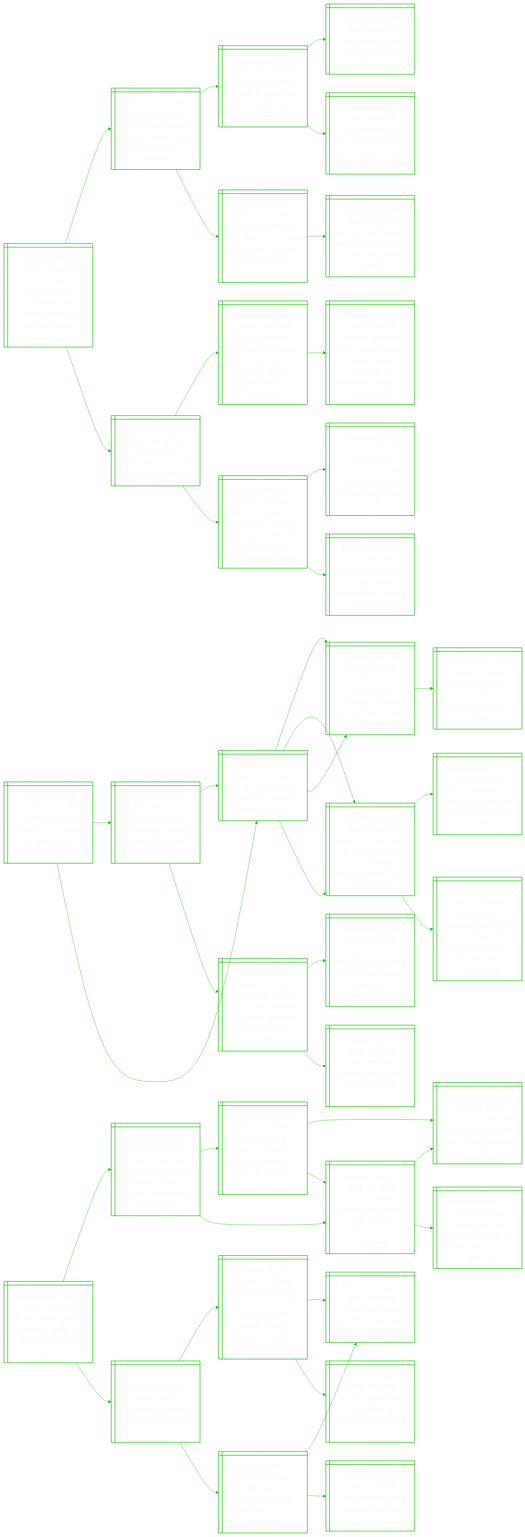
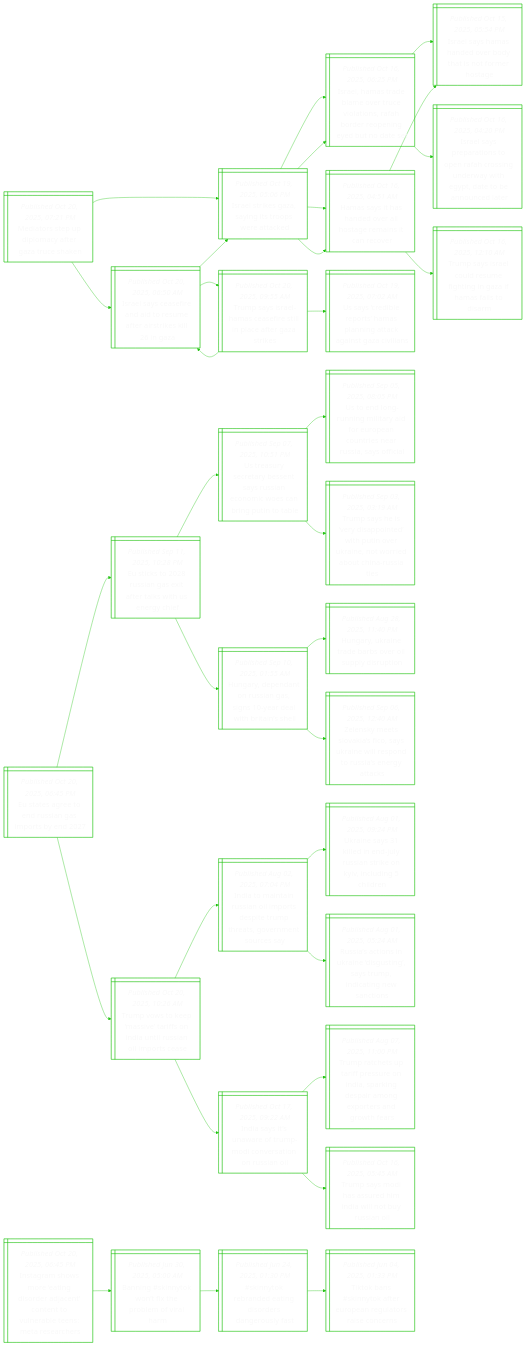
The diagram in README.md (notJmes/notJmes), drawn with Mermaid before and after one commit. The commit also changed other lines of this file, not shown here.

````diff
--- a/README.md
+++ b/README.md
@@ -16,133 +16,109 @@
 flowchart LR
 classDef txtsize font-size:20px;
 
-Hoiviuwrrgsvoecy@{ shape: win-pane, label: "_Published Oct 20, 2025, 12:30 PM_
-Hunt for paris louvre thieves underway as robbery reignites row over poor museum security" }
-Ptineluiisey@{ shape: win-pane, label: "_Published Oct 19, 2025, 05:51 PM_
-Power tool-wielding thieves flee louvre with ‘priceless’ jewellery" }
-GpboiPoidaes@{ shape: win-pane, label: "_Published Apr 28, 2025, 01:06 PM_
-‘grandpa robbers’ go on trial in paris over kim kardashian jewel heist" }
-NegaTrah@{ shape: win-pane, label: "_Published Feb 20, 2025, 01:00 PM_
-Nike bets big on reality tv star kim kardashian" }
-Kriinucneida@{ shape: win-pane, label: "_Published May 17, 2023, 12:00 PM_
-Kim kardashian's $1.34 billion buyout pitch leans on her social media reach" }
-Gpssofemmnsrt@{ shape: win-pane, label: "_Published Jun 02, 2025, 11:15 PM_
-Greenpeace steals $59,000 macron wax figure from museum for anti-russia protest" }
-GpmglnolN@{ shape: win-pane, label: "_Published Mar 21, 2025, 02:52 PM_
-Greenpeace $880m damages ruling in us shocks global ngos" }
-Gotiiei@{ shape: win-pane, label: "_Published Sep 17, 2025, 07:36 PM_
-Gold worth $900,000 stolen in paris museum heist" }
-Onortmhnispsnh@{ shape: win-pane, label: "_Published Aug 27, 2025, 10:00 AM_
-Over 80 interpol alerts to trace more than $479m in criminal assets published in 7 months" }
-IpustcrshnsyiSpap@{ shape: win-pane, label: "_Published Jan 10, 2025, 05:00 PM_
-Interpol launches alert notice to trace assets hidden overseas by criminals; singapore part of pilot" }
-Tnesilcgofincshe@{ shape: win-pane, label: "_Published Jun 14, 2025, 12:04 AM_
-Two men jailed for stealing $7 million 18-carat gold toilet from winston churchill’s birthplace" }
-Glisteoeopenhf@{ shape: win-pane, label: "_Published Jun 03, 2025, 07:05 PM_
-Global airline association seeks to address growing problem of in-flight theft" }
-Cretpeagrdavg@{ shape: win-pane, label: "_Published May 05, 2025, 04:44 PM_
-Copper cable thefts in spain leave passengers trapped in trains overnight" }
+Mttdmfaua@{ shape: win-pane, label: "_Published Oct 20, 2025, 07:21 PM_
+Mediators step up diplomacy after gaza truce shaken" }
+Ilkzispec@{ shape: win-pane, label: "_Published Oct 19, 2025, 05:06 PM_
+Israel strikes gaza, saying its troops were attacked" }
+IlseetvtRbreeuat@{ shape: win-pane, label: "_Published Oct 16, 2025, 06:25 PM_
+Israel, hamas trade blame over truce violations, rafah border reopening eyed but no date set" }
+IlHhdbhnroe@{ shape: win-pane, label: "_Published Oct 15, 2025, 05:54 PM_
+Israel says hamas handed over body that is not former hostage" }
+Ilprnpfogriyteul@{ shape: win-pane, label: "_Published Oct 16, 2025, 04:20 PM_
+Israel says preparations to open rafah crossing underway with egypt, date to be announced later" }
+Hstaoltesnv@{ shape: win-pane, label: "_Published Oct 16, 2025, 04:51 AM_
+Hamas says it has handed over all hostage remains it can recover" }
+Tsscretniali@{ shape: win-pane, label: "_Published Oct 16, 2025, 12:10 AM_
+Trump says israel could resume fighting in gaza if hamas fails to disarm" }
+IlHhdbhnroe@{ shape: win-pane, label: "_Published Oct 15, 2025, 05:54 PM_
+Israel says hamas handed over body that is not former hostage" }
+Ilcfntutrkla@{ shape: win-pane, label: "_Published Oct 20, 2025, 06:50 AM_
+Israel says ceasefire and aid to resume after airstrikes kill 26 in gaza" }
+Ilkzispec@{ shape: win-pane, label: "_Published Oct 19, 2025, 05:06 PM_
+Israel strikes gaza, saying its troops were attacked" }
+IlseetvtRbreeuat@{ shape: win-pane, label: "_Published Oct 16, 2025, 06:25 PM_
+Israel, hamas trade blame over truce violations, rafah border reopening eyed but no date set" }
+Hstaoltesnv@{ shape: win-pane, label: "_Published Oct 16, 2025, 04:51 AM_
+Hamas says it has handed over all hostage remains it can recover" }
+TssHcftnerse@{ shape: win-pane, label: "_Published Oct 20, 2025, 09:55 AM_
+Trump says israel-hamas ceasefire still in place after gaza strikes" }
+Ilcfntutrkla@{ shape: win-pane, label: "_Published Oct 20, 2025, 06:50 AM_
+Israel says ceasefire and aid to resume after airstrikes kill 26 in gaza" }
+Usiessntasal@{ shape: win-pane, label: "_Published Oct 19, 2025, 07:02 AM_
+Us says ‘credible reports’ hamas planning attack against gaza civilians" }
 
-Hoiviuwrrgsvoecy:::txtsize --> Ptineluiisey:::txtsize
-Ptineluiisey:::txtsize --> GpboiPoidaes:::txtsize
-GpboiPoidaes:::txtsize --> NegaTrah:::txtsize
-GpboiPoidaes:::txtsize --> Kriinucneida:::txtsize
-Ptineluiisey:::txtsize --> Gpssofemmnsrt:::txtsize
-Gpssofemmnsrt:::txtsize --> GpmglnolN:::txtsize
-Hoiviuwrrgsvoecy:::txtsize --> Gotiiei:::txtsize
-Gotiiei:::txtsize --> Onortmhnispsnh:::txtsize
-Onortmhnispsnh:::txtsize --> IpustcrshnsyiSpap:::txtsize
-Gotiiei:::txtsize --> Tnesilcgofincshe:::txtsize
-Tnesilcgofincshe:::txtsize --> Glisteoeopenhf:::txtsize
-Tnesilcgofincshe:::txtsize --> Cretpeagrdavg:::txtsize
+Mttdmfaua:::txtsize --> Ilkzispec:::txtsize
+Ilkzispec:::txtsize --> IlseetvtRbreeuat:::txtsize
+IlseetvtRbreeuat:::txtsize --> IlHhdbhnroe:::txtsize
+IlseetvtRbreeuat:::txtsize --> Ilprnpfogriyteul:::txtsize
+Ilkzispec:::txtsize --> Hstaoltesnv:::txtsize
+Hstaoltesnv:::txtsize --> Tsscretniali:::txtsize
+Hstaoltesnv:::txtsize --> IlHhdbhnroe:::txtsize
+Mttdmfaua:::txtsize --> Ilcfntutrkla:::txtsize
+Ilcfntutrkla:::txtsize --> Ilkzispec:::txtsize
+Ilkzispec:::txtsize --> IlseetvtRbreeuat:::txtsize
+Ilkzispec:::txtsize --> Hstaoltesnv:::txtsize
+Ilcfntutrkla:::txtsize --> TssHcftnerse:::txtsize
+TssHcftnerse:::txtsize --> Ilcfntutrkla:::txtsize
+TssHcftnerse:::txtsize --> Usiessntasal:::txtsize
 
-Ftstrgamnn@{ shape: win-pane, label: "_Published Oct 20, 2025, 11:32 AM_
-Flight skids off st petersburg runway in emergency landing" }
-Cpssuigknarf@{ shape: win-pane, label: "_Published Oct 20, 2025, 06:53 AM_
-Cargo plane slides off runway in hong kong, killing two airport staff" }
-JistaeeuaBg@{ shape: win-pane, label: "_Published Oct 16, 2025, 10:55 AM_
-Jeju air crash victims’ families file lawsuit against boeing" }
-Jinspniteooma@{ shape: win-pane, label: "_Published Dec 29, 2024, 08:58 AM_
-Jeju air plane crashes upon landing in south korea, 179 on board confirmed dead" }
-Enojpsosanbehcs@{ shape: win-pane, label: "_Published Jul 21, 2025, 02:27 PM_
-Evidence shows jeju air pilots shut off less-damaged engine before crash, source says" }
-SlRyrsnwawort@{ shape: win-pane, label: "_Published Jan 03, 2024, 08:45 PM_
-St explains: runway incursions around the world and how airports prevent them" }
-JAniaaobeydpoi@{ shape: win-pane, label: "_Published Jan 03, 2024, 08:00 AM_
-Japan airlines flight was cleared to land before fiery haneda airport collision" }
-Jrsaifloaln@{ shape: win-pane, label: "_Published Jan 03, 2024, 12:29 PM_
-Japan releases transcripts of fatal tokyo runway collision" }
-JistaeeuaBg@{ shape: win-pane, label: "_Published Oct 16, 2025, 10:55 AM_
-Jeju air crash victims’ families file lawsuit against boeing" }
-Jinspniteooma@{ shape: win-pane, label: "_Published Dec 29, 2024, 08:58 AM_
-Jeju air plane crashes upon landing in south korea, 179 on board confirmed dead" }
-EtsbtaseJis@{ shape: win-pane, label: "_Published Dec 29, 2024, 07:15 PM_
-Experts question bird strike as cause of deadly jeju air crash" }
-Enojpsosanbehcs@{ shape: win-pane, label: "_Published Jul 21, 2025, 02:27 PM_
-Evidence shows jeju air pilots shut off less-damaged engine before crash, source says" }
-DNogoulhart@{ shape: win-pane, label: "_Published Jan 27, 2025, 07:18 AM_
-Duck dna in both engines of jeju air plane that crashed, report says" }
-SKatljcrtrimsuwfc@{ shape: win-pane, label: "_Published Jul 20, 2025, 01:19 AM_
-South korea abruptly pulls jeju air crash report after victims’ families disrupt news conference" }
-
-Ftstrgamnn:::txtsize --> Cpssuigknarf:::txtsize
-Cpssuigknarf:::txtsize --> JistaeeuaBg:::txtsize
-JistaeeuaBg:::txtsize --> Jinspniteooma:::txtsize
-JistaeeuaBg:::txtsize --> Enojpsosanbehcs:::txtsize
-Cpssuigknarf:::txtsize --> SlRyrsnwawort:::txtsize
-SlRyrsnwawort:::txtsize --> JAniaaobeydpoi:::txtsize
-SlRyrsnwawort:::txtsize --> Jrsaifloaln:::txtsize
-Ftstrgamnn:::txtsize --> JistaeeuaBg:::txtsize
-JistaeeuaBg:::txtsize --> Jinspniteooma:::txtsize
-Jinspniteooma:::txtsize --> EtsbtaseJis:::txtsize
-JistaeeuaBg:::txtsize --> Enojpsosanbehcs:::txtsize
-Enojpsosanbehcs:::txtsize --> DNogoulhart:::txtsize
-Enojpsosanbehcs:::txtsize --> SKatljcrtrimsuwfc:::txtsize
-
+Etresgpb@{ shape: win-pane, label: "_Published Oct 20, 2025, 06:45 PM_
+Eu states agree to end russian gas imports by end 2027" }
+EcRaefaieyf@{ shape: win-pane, label: "_Published Sep 11, 2025, 10:28 PM_
+Eu sticks to 2028 russian gas exit after talks with us energy chief" }
+UaStetRanwania@{ shape: win-pane, label: "_Published Sep 07, 2025, 10:51 PM_
+Us treasury secretary bessent says russian economic woes can bring putin to table" }
+Ungilyoocresafl@{ shape: win-pane, label: "_Published Sep 05, 2025, 08:05 PM_
+Us to end long-running military aid for european countries near russia, says official" }
+Tseraniteaorbhut@{ shape: win-pane, label: "_Published Sep 03, 2025, 03:19 AM_
+Trump says he is ‘very disappointed’ with putin over ukraine, not worried about china-russia ties" }
+HretsggalBie@{ shape: win-pane, label: "_Published Sep 10, 2025, 01:55 AM_
+Hungary, dependant on russian gas, signs 10-year deal with britain’s shell" }
+Hraravllro@{ shape: win-pane, label: "_Published Aug 28, 2025, 11:40 PM_
+Hungary, ukraine trade barbs over oil supply disruption" }
+ZseoaoUnloRart@{ shape: win-pane, label: "_Published Sep 06, 2025, 12:40 AM_
+Zelensky meets slovakia’s fico, says ukraine will respond to russia’s energy attacks" }
 Tvomvinalilra@{ shape: win-pane, label: "_Published Oct 20, 2025, 10:26 AM_
 Trump vows to keep ‘massive’ tariffs on india until russian oil imports cease" }
 ItnRaitprhsrtcy@{ shape: win-pane, label: "_Published Aug 02, 2025, 07:04 PM_
 India to maintain russian oil imports despite trump threats, government sources say" }
 Unsenyirnidhe@{ shape: win-pane, label: "_Published Aug 01, 2025, 09:24 PM_
 Ukraine says 31 killed in end-july russian strike on kyiv, including 5 children" }
-Raiilpeirond@{ shape: win-pane, label: "_Published Jul 31, 2025, 08:39 PM_
-Russian strikes kill at least 16 people in kyiv; 6-year-old boy among dead" }
 Rainisiyminsi@{ shape: win-pane, label: "_Published Aug 01, 2025, 05:24 AM_
 Russia’s actions in ukraine ‘disgusting’, says trump, indicating new sanctions" }
-Rainisiyminsi@{ shape: win-pane, label: "_Published Aug 01, 2025, 05:24 AM_
-Russia’s actions in ukraine ‘disgusting’, says trump, indicating new sanctions" }
-Raiilpeirond@{ shape: win-pane, label: "_Published Jul 31, 2025, 08:39 PM_
-Russian strikes kill at least 16 people in kyiv; 6-year-old boy among dead" }
-TwdousniAtU@{ shape: win-pane, label: "_Published Aug 01, 2025, 12:19 AM_
-Trump wants deal to end russia’s war in ukraine by aug 8, us tells un" }
 Istwfpcroun@{ shape: win-pane, label: "_Published Oct 17, 2025, 09:22 AM_
 India says it’s unaware of trump-modi conversation on russian oil" }
 Tretfsnakergraoe@{ shape: win-pane, label: "_Published Aug 07, 2025, 11:00 PM_
 Trump ratchets up tariff pressure on india, sparking despair among exporters and growth fears" }
-Taaoirilh@{ shape: win-pane, label: "_Published Aug 06, 2025, 10:25 PM_
-Trump adds 25% tariff on india over russian oil purchases" }
-MokLliitis@{ shape: win-pane, label: "_Published Aug 07, 2025, 09:30 PM_
-Modi to speak with lula, plans xi meeting as ties with us sour" }
 Tsosrmanyil@{ shape: win-pane, label: "_Published Oct 16, 2025, 05:45 AM_
 Trump says modi has assured him india will not buy russian oil" }
-Taaoirilh@{ shape: win-pane, label: "_Published Aug 06, 2025, 10:25 PM_
-Trump adds 25% tariff on india over russian oil purchases" }
-Tspaicrifp@{ shape: win-pane, label: "_Published Aug 05, 2025, 11:38 PM_
-Trump’s sharp india criticism corners modi as rift deepens" }
 
+Etresgpb:::txtsize --> EcRaefaieyf:::txtsize
+EcRaefaieyf:::txtsize --> UaStetRanwania:::txtsize
+UaStetRanwania:::txtsize --> Ungilyoocresafl:::txtsize
+UaStetRanwania:::txtsize --> Tseraniteaorbhut:::txtsize
+EcRaefaieyf:::txtsize --> HretsggalBie:::txtsize
+HretsggalBie:::txtsize --> Hraravllro:::txtsize
+HretsggalBie:::txtsize --> ZseoaoUnloRart:::txtsize
+Etresgpb:::txtsize --> Tvomvinalilra:::txtsize
 Tvomvinalilra:::txtsize --> ItnRaitprhsrtcy:::txtsize
 ItnRaitprhsrtcy:::txtsize --> Unsenyirnidhe:::txtsize
-Unsenyirnidhe:::txtsize --> Raiilpeirond:::txtsize
-Unsenyirnidhe:::txtsize --> Rainisiyminsi:::txtsize
 ItnRaitprhsrtcy:::txtsize --> Rainisiyminsi:::txtsize
-Rainisiyminsi:::txtsize --> Raiilpeirond:::txtsize
-Rainisiyminsi:::txtsize --> TwdousniAtU:::txtsize
 Tvomvinalilra:::txtsize --> Istwfpcroun:::txtsize
 Istwfpcroun:::txtsize --> Tretfsnakergraoe:::txtsize
-Tretfsnakergraoe:::txtsize --> Taaoirilh:::txtsize
-Tretfsnakergraoe:::txtsize --> MokLliitis:::txtsize
 Istwfpcroun:::txtsize --> Tsosrmanyil:::txtsize
-Tsosrmanyil:::txtsize --> Taaoirilh:::txtsize
-Tsosrmanyil:::txtsize --> Tspaicrifp:::txtsize
+
+Ighotieacnuaeesh@{ shape: win-pane, label: "_Published Oct 20, 2025, 06:45 PM_
+Instagram shows more ‘eating disorder adjacent’ content to vulnerable teens: meta researchers" }
+Bnnkfelvh@{ shape: win-pane, label: "_Published Jun 30, 2025, 05:00 AM_
+Banning #skinnytok won’t fix the problem of viral harm" }
+Syedtienua@{ shape: win-pane, label: "_Published Jun 24, 2025, 01:30 PM_
+#skinnytok rebranded eating disorders dangerously fast" }
+TkSyfuaursc@{ shape: win-pane, label: "_Published Jun 04, 2025, 01:33 PM_
+Tiktok bans #skinnytok after european regulators raise concerns" }
+
+Ighotieacnuaeesh:::txtsize --> Bnnkfelvh:::txtsize
+Bnnkfelvh:::txtsize --> Syedtienua:::txtsize
+Syedtienua:::txtsize --> TkSyfuaursc:::txtsize
 
 ```
````
